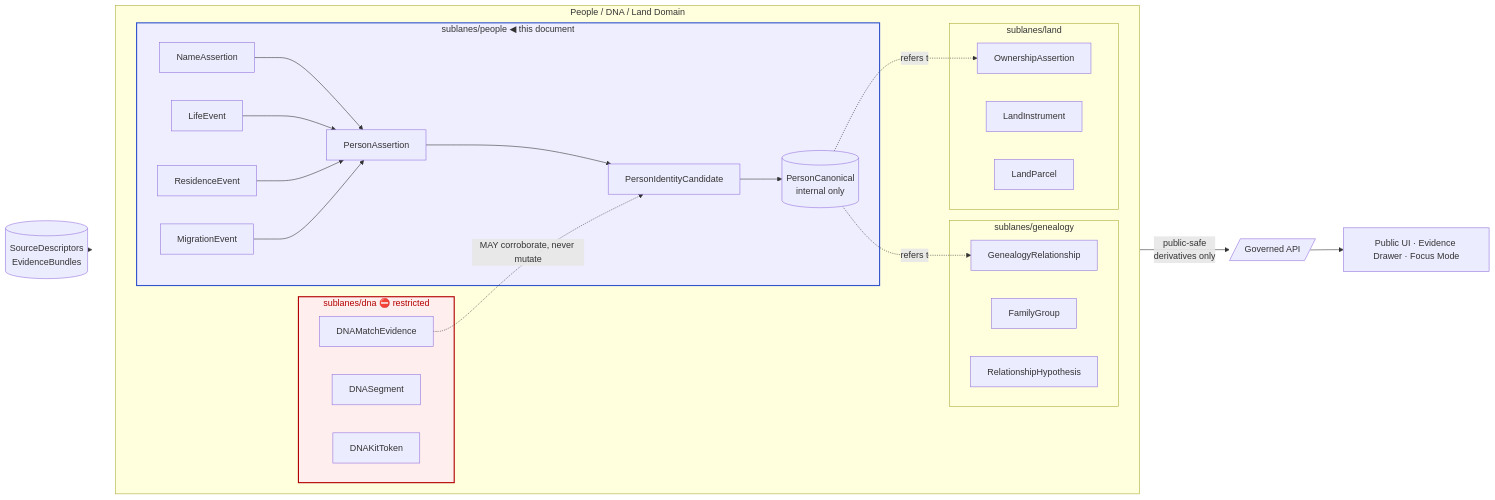
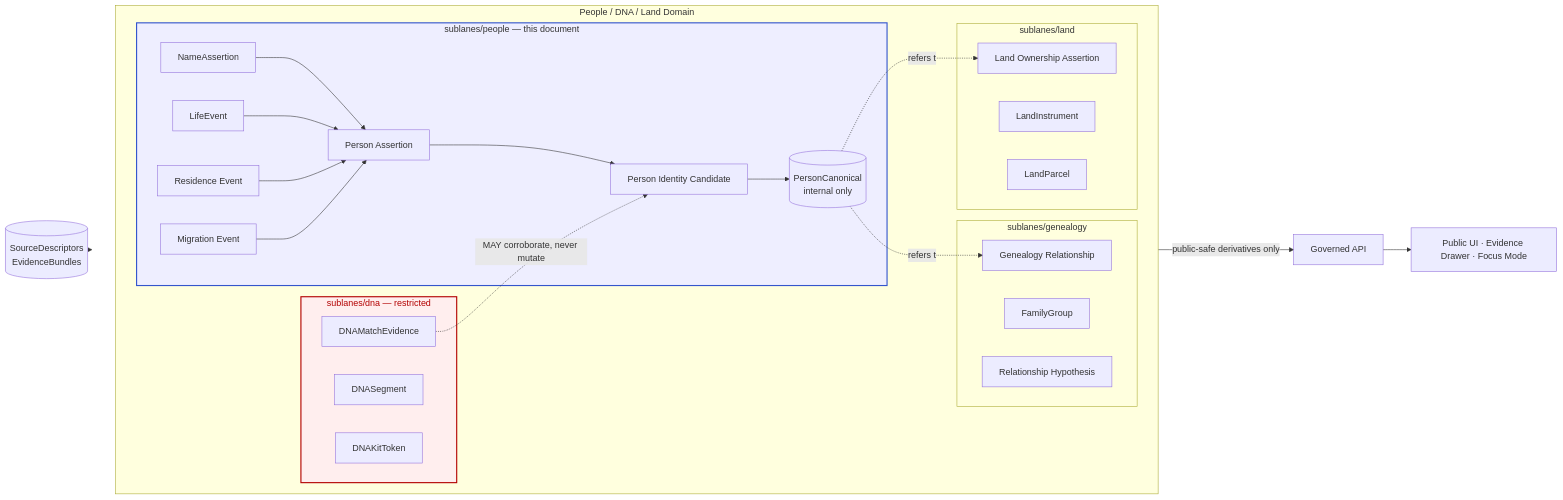
The diagram in docs/domains/people-dna-land/sublanes/people.md (bartytime4life/Kansas-Frontier-Matrix), drawn with Mermaid before and after one commit. The commit also changed other lines of this file, not shown here.

````diff
--- a/docs/domains/people-dna-land/sublanes/people.md
+++ b/docs/domains/people-dna-land/sublanes/people.md
@@ -167,47 +185,47 @@
 ```mermaid
 flowchart LR
     subgraph PDL["People / DNA / Land Domain"]
         direction LR
-        subgraph PEOPLE["sublanes/people  ◀ this document"]
-            PA[PersonAssertion]
-            PIC[PersonIdentityCandidate]
-            NA[NameAssertion]
-            LE[LifeEvent]
-            RE[ResidenceEvent]
-            ME[MigrationEvent]
-            PC[(PersonCanonical<br/>internal only)]
+        subgraph PEOPLE["sublanes/people — this document"]
+            PA["Person Assertion"]
+            PIC["Person Identity Candidate"]
+            NA["NameAssertion"]
+            LE["LifeEvent"]
+            RE["Residence Event"]
+            ME["Migration Event"]
+            PC[("PersonCanonical<br/>internal only")]
             PA --> PIC --> PC
             NA --> PA
             LE --> PA
             RE --> PA
             ME --> PA
         end
         subgraph GEN["sublanes/genealogy"]
-            GR[GenealogyRelationship]
-            FG[FamilyGroup]
-            RH[RelationshipHypothesis]
+            GR["Genealogy Relationship"]
+            FG["FamilyGroup"]
+            RH["Relationship Hypothesis"]
         end
-        subgraph DNA["sublanes/dna  ⛔ restricted"]
-            DME[DNAMatchEvidence]
-            DSE[DNASegment]
-            DKT[DNAKitToken]
+        subgraph DNA["sublanes/dna — restricted"]
+            DME["DNAMatchEvidence"]
+            DSE["DNASegment"]
+            DKT["DNAKitToken"]
         end
         subgraph LAND["sublanes/land"]
-            OA[OwnershipAssertion]
-            LI[LandInstrument]
-            LP[LandParcel]
+            OA["Land Ownership Assertion"]
+            LI["LandInstrument"]
+            LP["LandParcel"]
         end
         PC -.refers to.-> GR
         PC -.refers to.-> OA
         DME -.MAY corroborate, never mutate.-> PIC
     end
 
-    SD[(SourceDescriptors<br/>EvidenceBundles)] --> PEOPLE
-    PEOPLE -->|public-safe<br/>derivatives only| API[/Governed API/]
-    API --> UI[Public UI · Evidence Drawer · Focus Mode]
+    SD[("SourceDescriptors<br/>EvidenceBundles")] --> PEOPLE
+    PEOPLE -->|"public-safe derivatives only"| API["Governed API"]
+    API --> UI["Public UI · Evidence Drawer · Focus Mode"]
 
     classDef restricted fill:#fee,stroke:#b30000,stroke-width:2px,color:#b30000;
     class DNA restricted;
     classDef thisdoc fill:#eef,stroke:#3355cc,stroke-width:2px;
     class PEOPLE thisdoc;
 ```
````
